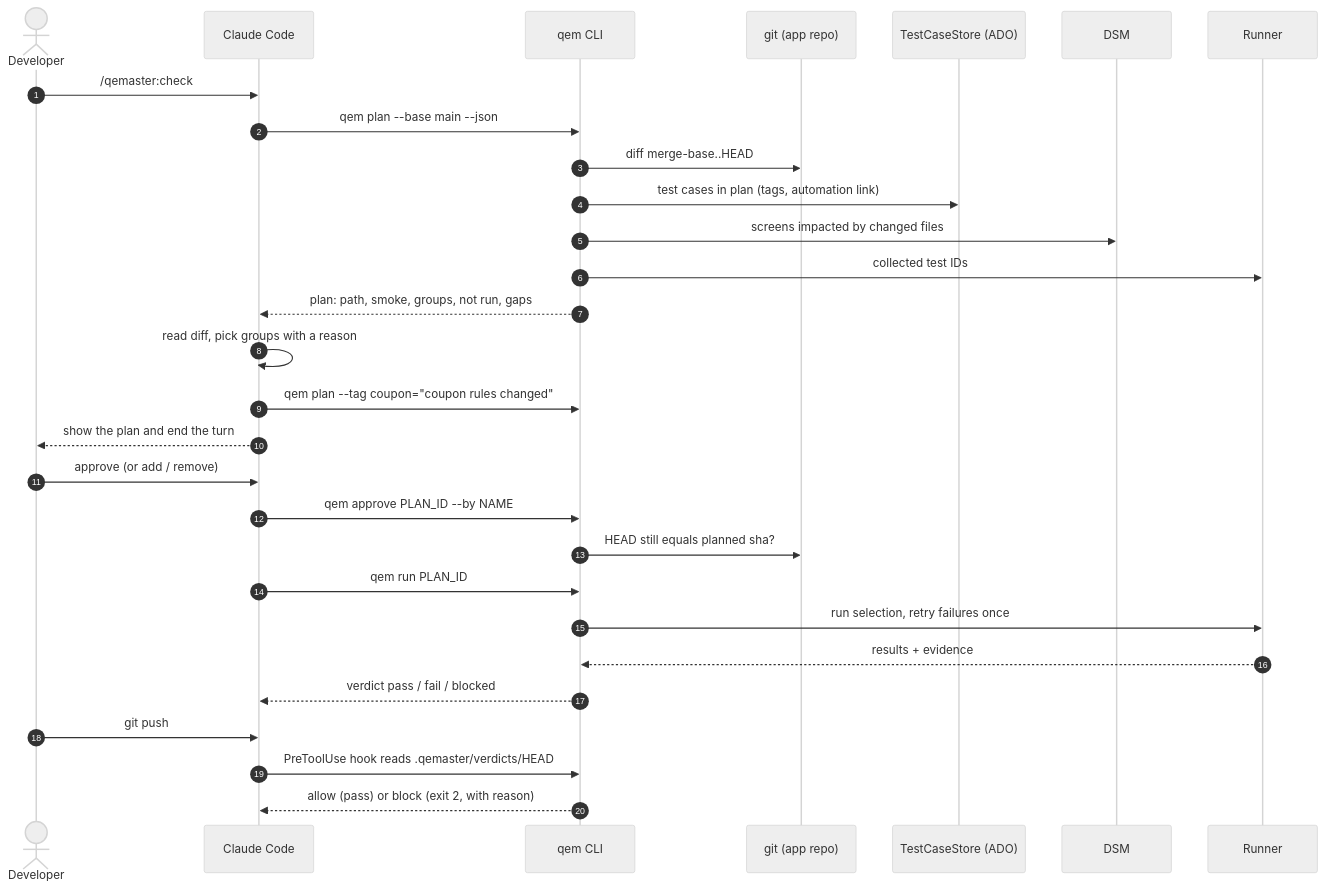
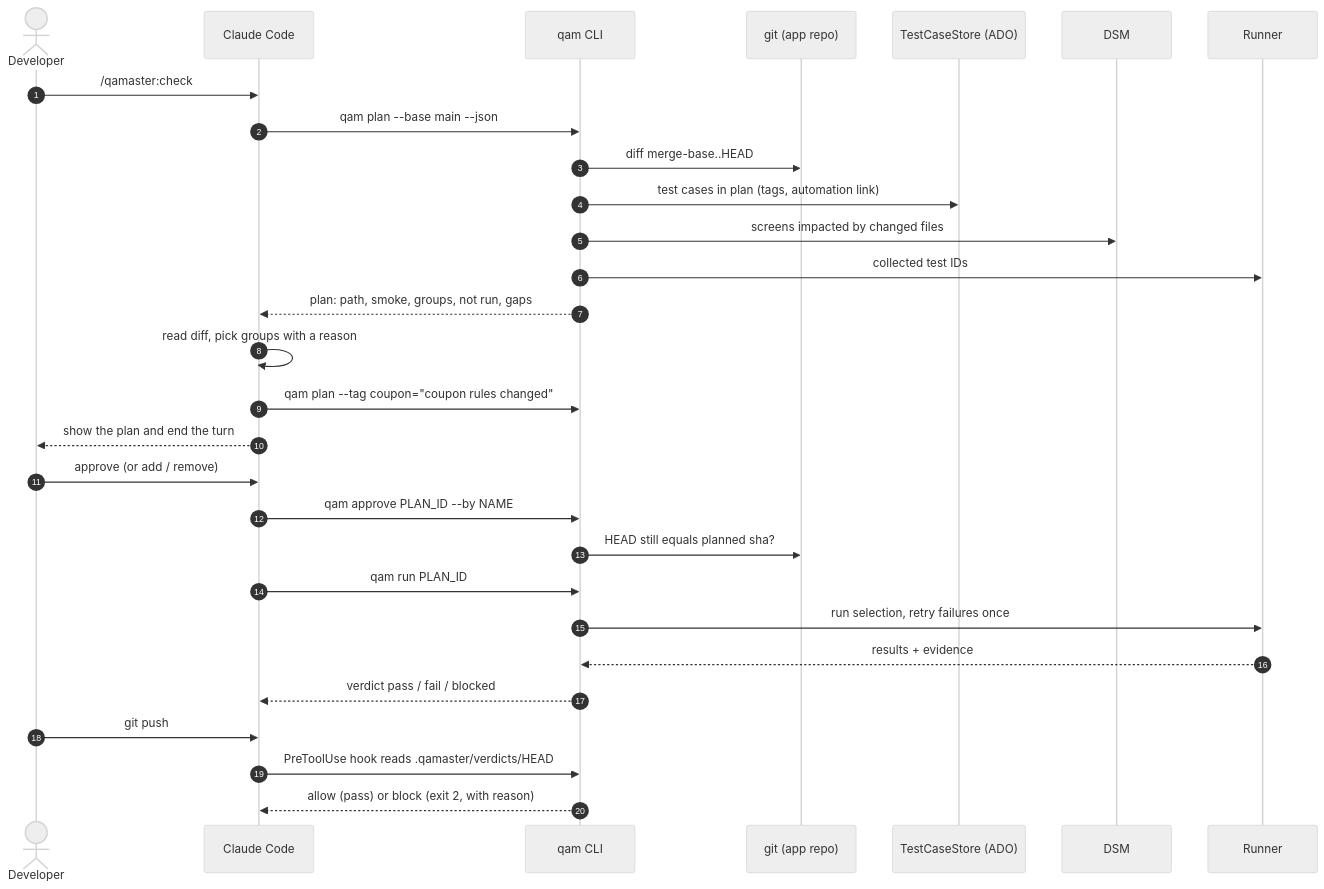
One commit to Galent-engineering/QAMaster changed the fourth of 5 diagrams in docs/architecture.md. Above: the diagram before and after it, drawn with Mermaid (neutral theme). The commit also changed other lines of this file and 19 other files, not shown here.

````diff
--- a/docs/architecture.md
+++ b/docs/architecture.md
@@ -189,32 +189,32 @@
 ```mermaid
 sequenceDiagram
     autonumber
     actor Dev as Developer
     participant CC as Claude Code
-    participant Q as qem CLI
+    participant Q as qam CLI
     participant G as git (app repo)
     participant T as TestCaseStore (ADO)
     participant D as DSM
     participant R as Runner
 
-    Dev->>CC: /qemaster:check
-    CC->>Q: qem plan --base main --json
+    Dev->>CC: /qamaster:check
+    CC->>Q: qam plan --base main --json
     Q->>G: diff merge-base..HEAD
     Q->>T: test cases in plan (tags, automation link)
     Q->>D: screens impacted by changed files
     Q->>R: collected test IDs
     Q-->>CC: plan: path, smoke, groups, not run, gaps
     CC->>CC: read diff, pick groups with a reason
-    CC->>Q: qem plan --tag coupon="coupon rules changed"
+    CC->>Q: qam plan --tag coupon="coupon rules changed"
     CC-->>Dev: show the plan and end the turn
     Dev->>CC: approve (or add / remove)
-    CC->>Q: qem approve PLAN_ID --by NAME
+    CC->>Q: qam approve PLAN_ID --by NAME
     Q->>G: HEAD still equals planned sha?
-    CC->>Q: qem run PLAN_ID
+    CC->>Q: qam run PLAN_ID
     Q->>R: run selection, retry failures once
     R-->>Q: results + evidence
     Q-->>CC: verdict pass / fail / blocked
     Dev->>CC: git push
-    CC->>Q: PreToolUse hook reads .qemaster/verdicts/HEAD
+    CC->>Q: PreToolUse hook reads .qamaster/verdicts/HEAD
     Q-->>CC: allow (pass) or block (exit 2, with reason)
 ```
````
